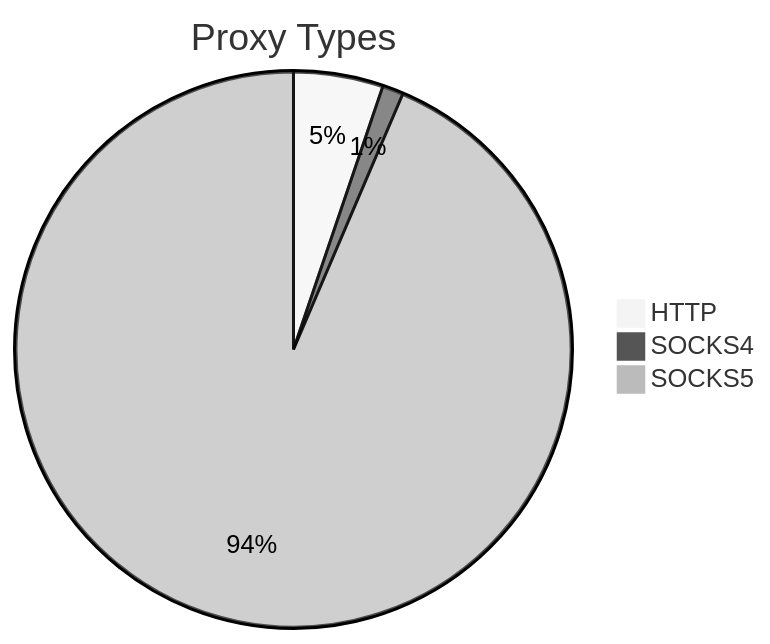
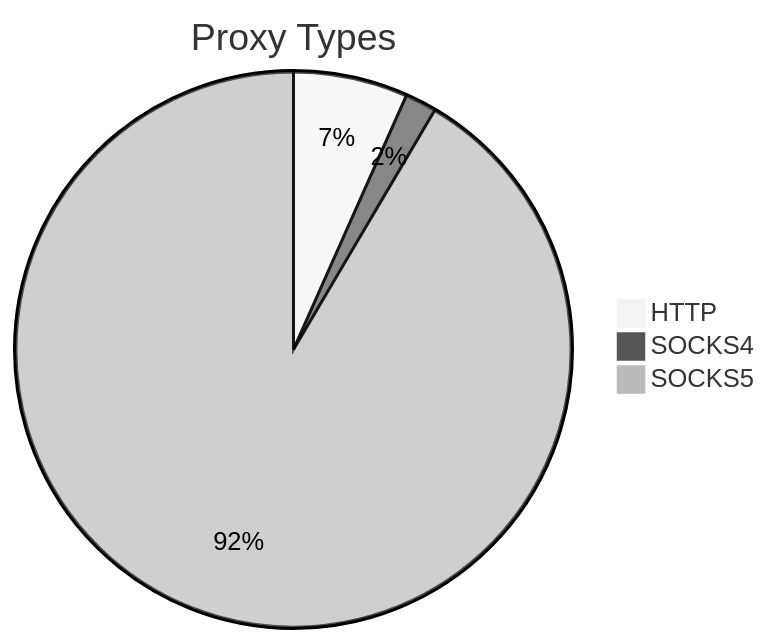
One commit to stormsia/proxy-list changed the first of 2 diagrams in README.md. Above: the diagram before and after it, drawn with Mermaid (neutral theme). The commit also changed other lines of this file, not shown here.

````diff
--- a/README.md
+++ b/README.md
@@ -21,6 +21,6 @@
 ```mermaid
 pie title Proxy Types
-    "HTTP" : 175
-    "SOCKS4" : 41
-    "SOCKS5" : 3142
+    "HTTP" : 171
+    "SOCKS4" : 47
+    "SOCKS5" : 2350
 ```
````
